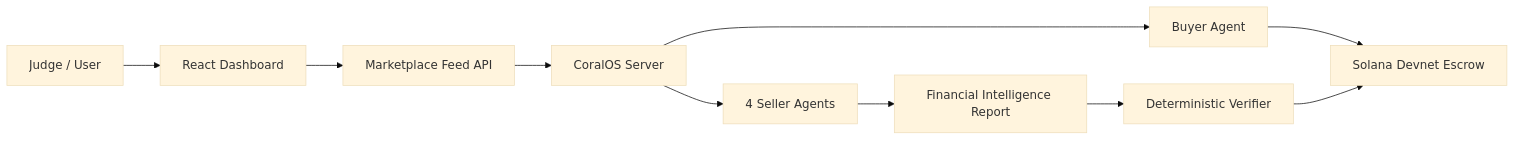
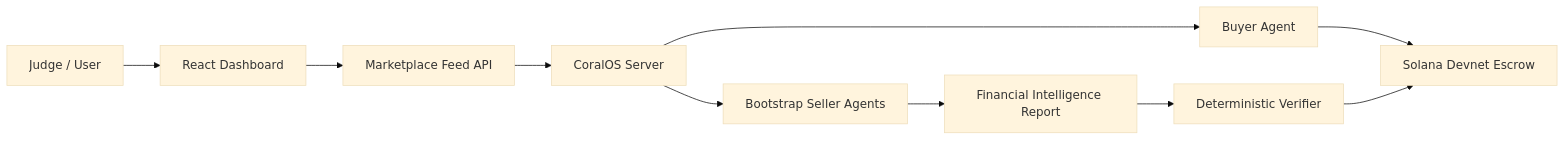
Before and after one commit to Mfoniso-Jackson/omniquantai-coralos: the diagram in README.md, drawn with Mermaid (base theme). The commit also changed other lines of this file and 14 other files, not shown here.

````diff
--- a/README.md
+++ b/README.md
@@ -42,12 +42,12 @@
 ```mermaid
 flowchart LR
   Judge["Judge / User"] --> Dashboard["React Dashboard"]
   Dashboard --> Feed["Marketplace Feed API"]
   Feed --> Coral["CoralOS Server"]
   Coral --> Buyer["Buyer Agent"]
-  Coral --> Sellers["4 Seller Agents"]
+  Coral --> Sellers["Bootstrap Seller Agents"]
   Buyer --> Escrow["Solana Devnet Escrow"]
   Sellers --> Memo["Financial Intelligence Report"]
   Memo --> Verify["Deterministic Verifier"]
   Verify --> Escrow
 ```
````
